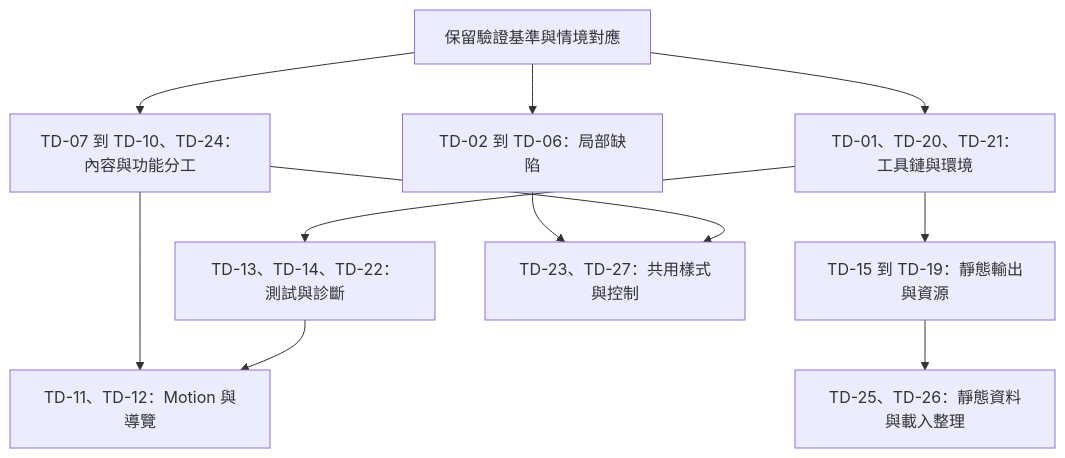
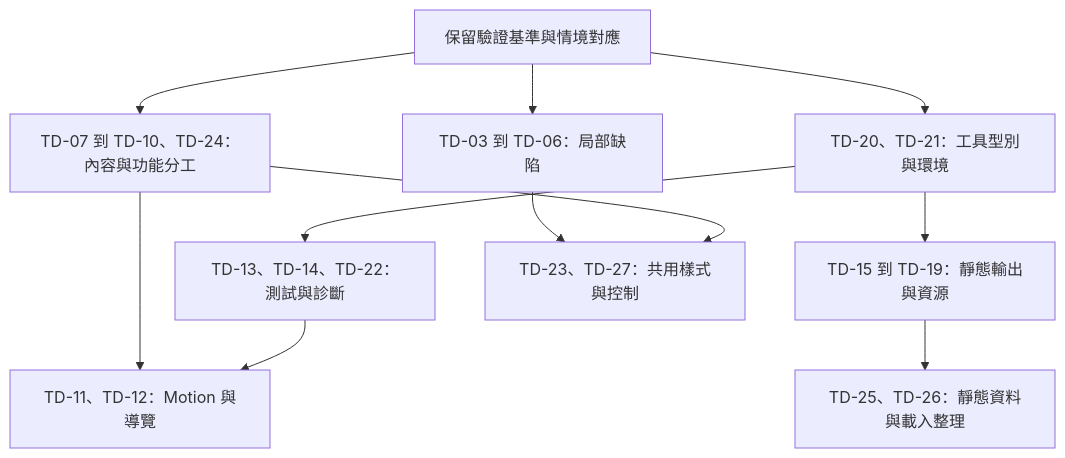
One commit to bingyangchen/bingyangchen.github.io changed the third of 3 diagrams in docs/plans/0001-codebase-technical-debt.md. Above: the diagram before and after it, drawn with Mermaid. The commit also changed other lines of this file and 27 other files, not shown here.

````diff
--- a/docs/plans/0001-codebase-technical-debt.md
+++ b/docs/plans/0001-codebase-technical-debt.md
@@ -470,13 +405,13 @@
 ```mermaid
 flowchart TD
-  baseline[保留驗證基準與情境對應] --> fixes[TD-02 到 TD-06：局部缺陷]
-  baseline --> tooling[TD-01、TD-20、TD-21：工具鏈與環境]
+  baseline[保留驗證基準與情境對應] --> fixes[TD-03 到 TD-06：局部缺陷]
+  baseline --> tooling[TD-20、TD-21：工具型別與環境]
   baseline --> content[TD-07 到 TD-10、TD-24：內容與功能分工]
   tooling --> tests[TD-13、TD-14、TD-22：測試與診斷]
   tooling --> build[TD-15 到 TD-19：靜態輸出與資源]
   content --> logic[TD-11、TD-12：Motion 與導覽]
   tests --> logic
   fixes --> styles[TD-23、TD-27：共用樣式與控制]
   content --> styles
   build --> optional[TD-25、TD-26：靜態資料與載入整理]
 ```
````
